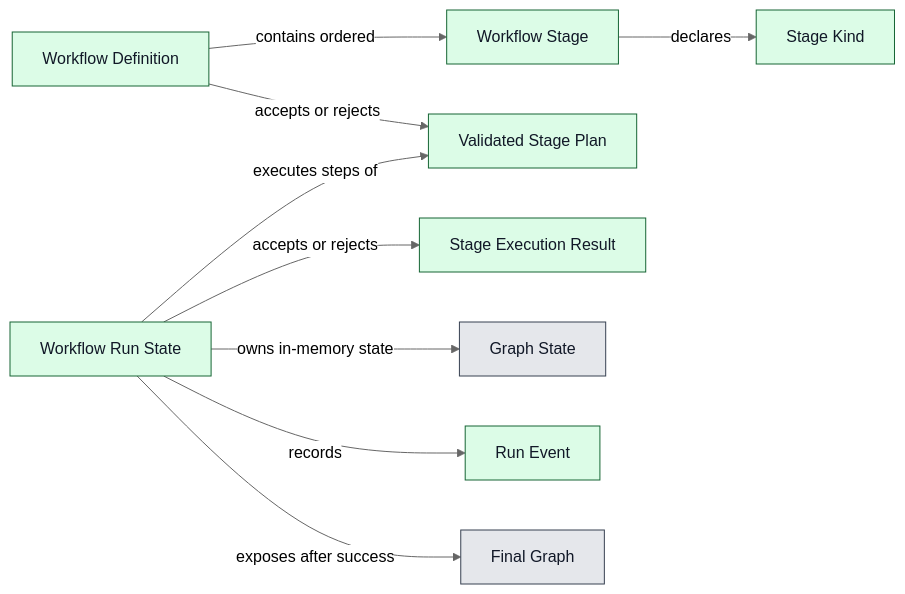
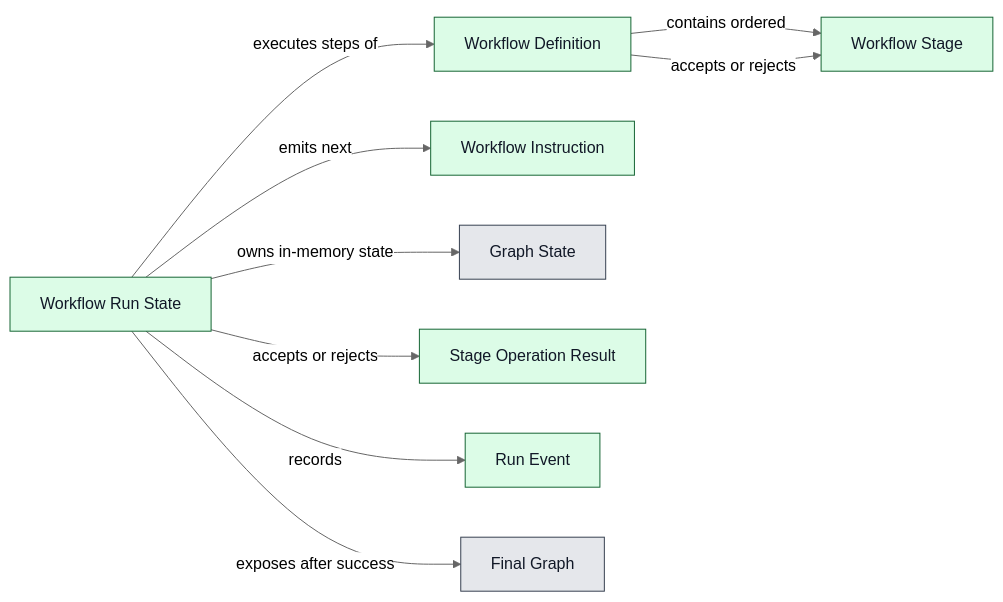
One commit to NTCoding/living-architecture changed the fifth of 6 diagrams in docs/project/PRD/riviere-extraction-workflows-v1/ARCH.md. Above: the diagram before and after it, drawn with Mermaid (neutral theme). The commit also changed other lines of this file and 4 other files, not shown here.

````diff
--- a/docs/project/PRD/riviere-extraction-workflows-v1/ARCH.md
+++ b/docs/project/PRD/riviere-extraction-workflows-v1/ARCH.md
@@ -415,33 +640,31 @@
 ```mermaid
 flowchart LR
   workflowDefinition["Workflow Definition"]
   workflowStage["Workflow Stage"]
-  stageKind["Stage Kind"]
-  stagePlan["Validated Stage Plan"]
+  workflowInstruction["Workflow Instruction"]
   workflowRunState["Workflow Run State"]
-  stageExecutionResult["Stage Execution Result"]
   graphState["Graph State"]
+  stageOperationResult["Stage Operation Result"]
   runEvent["Run Event"]
   finalGraph["Final Graph"]
   workflowDefinition -->|contains ordered| workflowStage
-  workflowDefinition -->|accepts or rejects| stagePlan
-  workflowStage -->|declares| stageKind
-  workflowRunState -->|executes steps of| stagePlan
+  workflowRunState -->|executes steps of| workflowDefinition
   workflowRunState -->|owns in-memory state| graphState
-  workflowRunState -->|accepts or rejects| stageExecutionResult
+  workflowRunState -->|emits next| workflowInstruction
+  workflowRunState -->|accepts or rejects| stageOperationResult
   workflowRunState -->|records| runEvent
   workflowRunState -->|exposes after success| finalGraph
+  workflowDefinition -->|accepts or rejects| workflowStage
   classDef statusExisting fill:#e5e7eb,stroke:#374151,color:#111827
   classDef statusChanged fill:#fef3c7,stroke:#92400e,color:#111827
   classDef statusNew fill:#dcfce7,stroke:#166534,color:#111827
   classDef statusOpen fill:#fee2e2,stroke:#991b1b,color:#111827
   class workflowDefinition statusNew
   class workflowStage statusNew
-  class stageKind statusNew
-  class stagePlan statusNew
+  class workflowInstruction statusNew
   class workflowRunState statusNew
-  class stageExecutionResult statusNew
   class graphState statusExisting
+  class stageOperationResult statusNew
   class runEvent statusNew
   class finalGraph statusExisting
 ```
````
